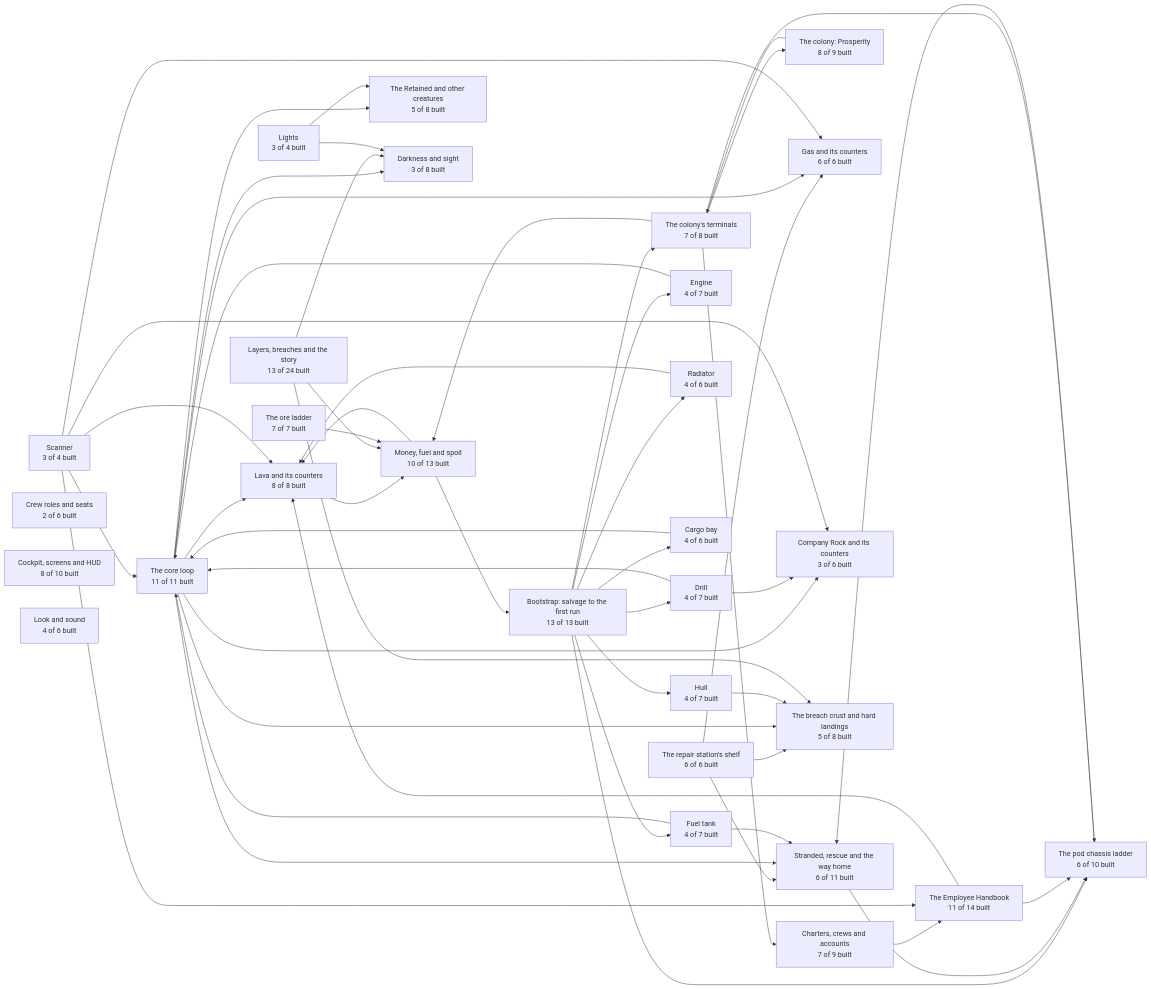
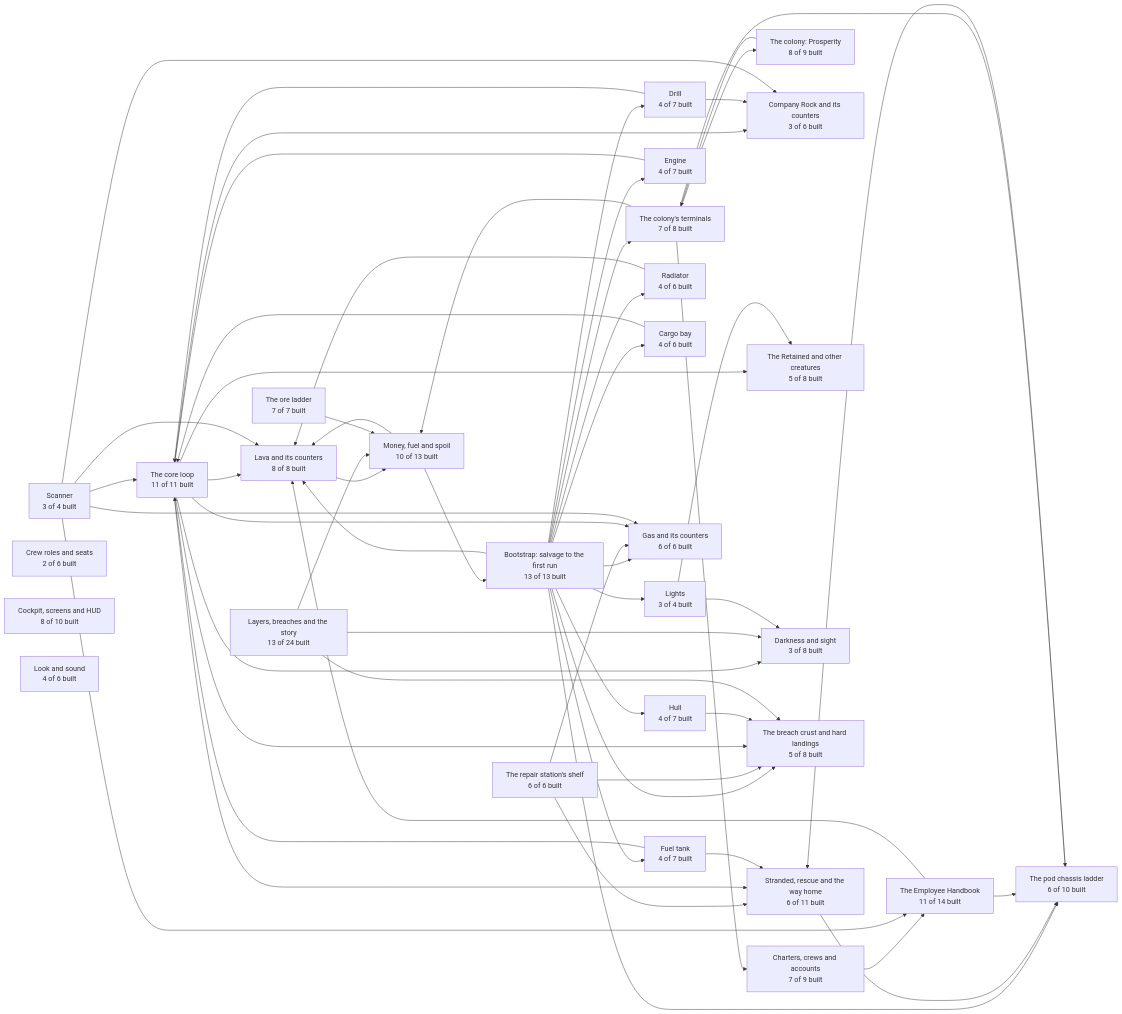
One commit to pkeppeler/deepcharter changed the second of 30 diagrams in docs/FEATURE-MAP.md. Above: the diagram before and after it, drawn with Mermaid. The commit also changed other lines of this file and 47 other files, not shown here.

```diff
--- a/docs/FEATURE-MAP.md
+++ b/docs/FEATURE-MAP.md
@@ -102,10 +102,14 @@
   l_interface["Cockpit, screens and HUD<br/>8 of 10 built"]
   l_art["Look and sound<br/>4 of 6 built"]
   l_bootstrap --> l_cargo_bay
+  l_bootstrap --> l_crust
   l_bootstrap --> l_drill
   l_bootstrap --> l_engine
   l_bootstrap --> l_fuel_tank
+  l_bootstrap --> l_gas
   l_bootstrap --> l_hull
+  l_bootstrap --> l_lava
+  l_bootstrap --> l_lights
   l_bootstrap --> l_pods
   l_bootstrap --> l_radiator
   l_bootstrap --> l_terminals
```
